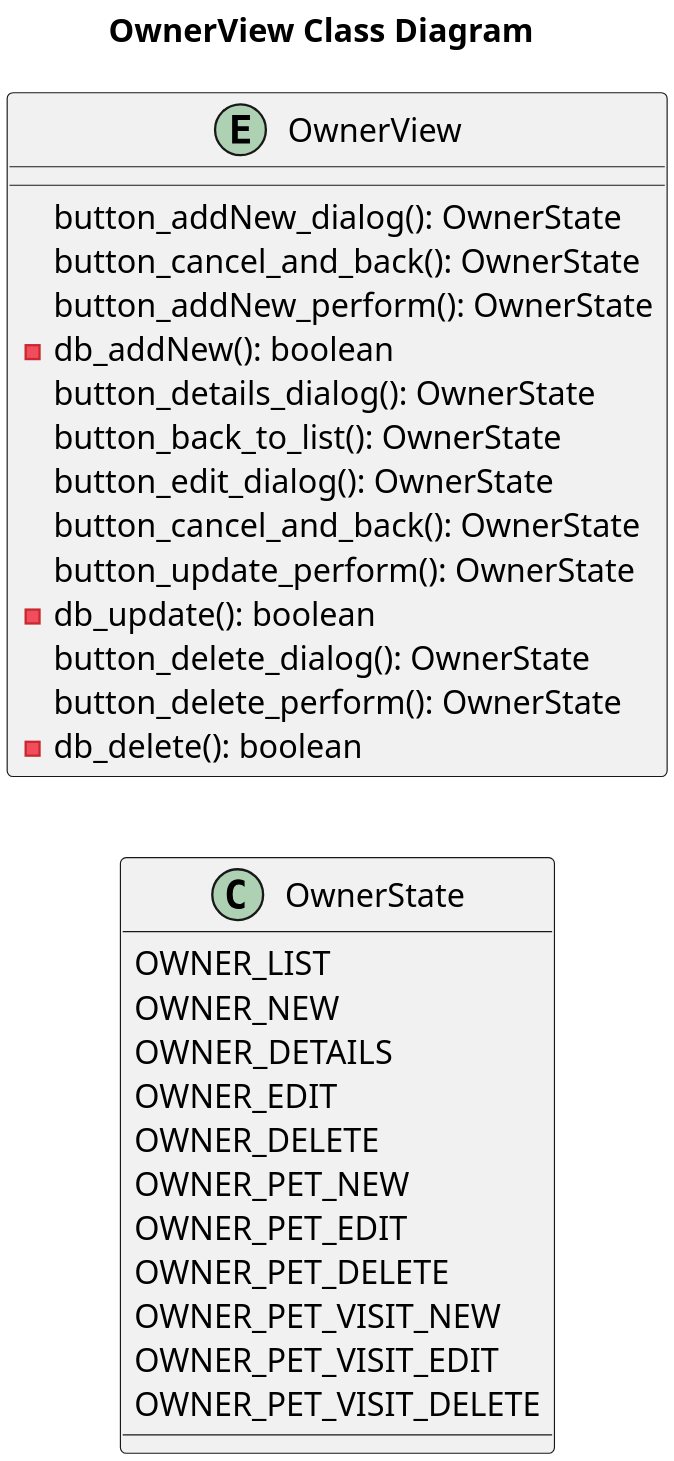
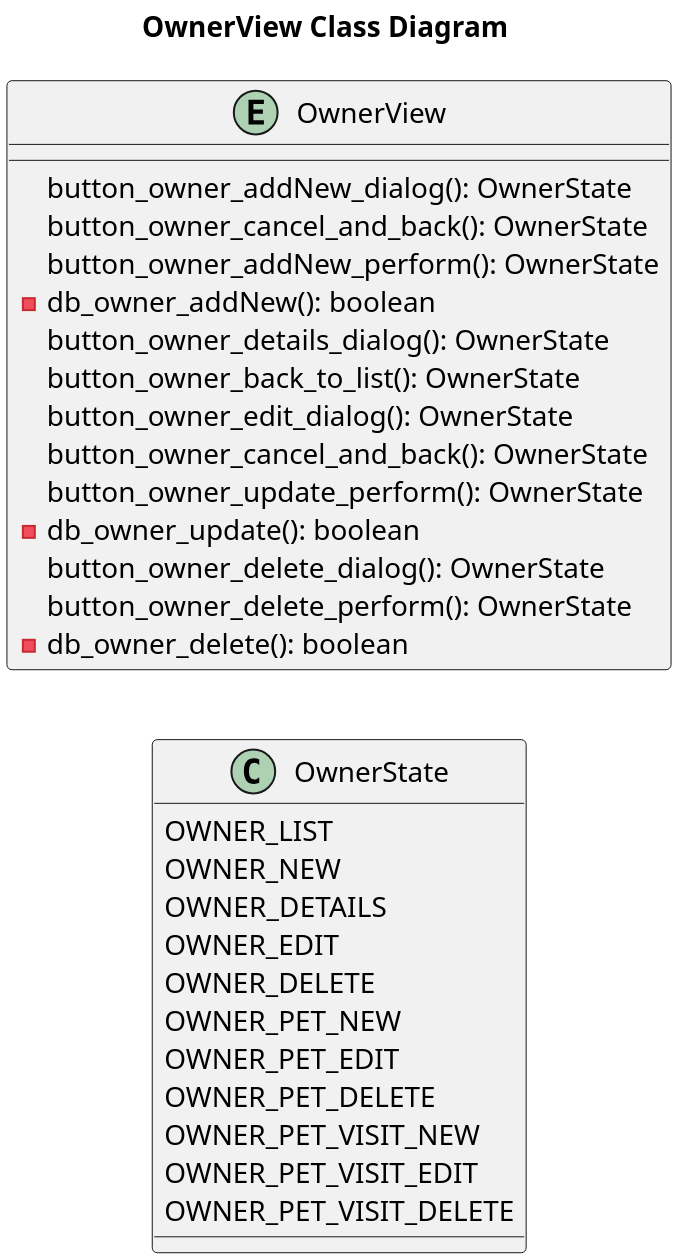
Before and after one commit to Jakarta-EE-Petclinic/petclinic-uml: the diagram in puml/owner/OwnerView__Class.puml, drawn with PlantUML. The commit also changed 2 other files, not shown here.

```diff
--- a/puml/owner/OwnerView__Class.puml
+++ b/puml/owner/OwnerView__Class.puml
@@ -1,45 +1,45 @@
 @startuml
 
 
 title OwnerView Class Diagram
 'https://plantuml.com/class-diagram
 
 left to right direction
 'top to bottom direction
 
 scale 1000 width
 
 
 class OwnerState {
     OWNER_LIST
     OWNER_NEW
     OWNER_DETAILS
     OWNER_EDIT
     OWNER_DELETE
     OWNER_PET_NEW
     OWNER_PET_EDIT
     OWNER_PET_DELETE
     OWNER_PET_VISIT_NEW
     OWNER_PET_VISIT_EDIT
     OWNER_PET_VISIT_DELETE
 }
 
 entity OwnerView {
-    button_addNew_dialog(): OwnerState
-    button_cancel_and_back(): OwnerState
-    button_addNew_perform(): OwnerState
-    -db_addNew(): boolean
-    button_details_dialog(): OwnerState
-    button_back_to_list(): OwnerState
-    button_edit_dialog(): OwnerState
-    button_cancel_and_back(): OwnerState
-    button_update_perform(): OwnerState
-    - db_update(): boolean
-    button_delete_dialog(): OwnerState
-    button_delete_perform(): OwnerState
-    - db_delete(): boolean
+    button_owner_addNew_dialog(): OwnerState
+    button_owner_cancel_and_back(): OwnerState
+    button_owner_addNew_perform(): OwnerState
+    -db_owner_addNew(): boolean
+    button_owner_details_dialog(): OwnerState
+    button_owner_back_to_list(): OwnerState
+    button_owner_edit_dialog(): OwnerState
+    button_owner_cancel_and_back(): OwnerState
+    button_owner_update_perform(): OwnerState
+    - db_owner_update(): boolean
+    button_owner_delete_dialog(): OwnerState
+    button_owner_delete_perform(): OwnerState
+    - db_owner_delete(): boolean
 }
 
 
 
 @enduml
```
